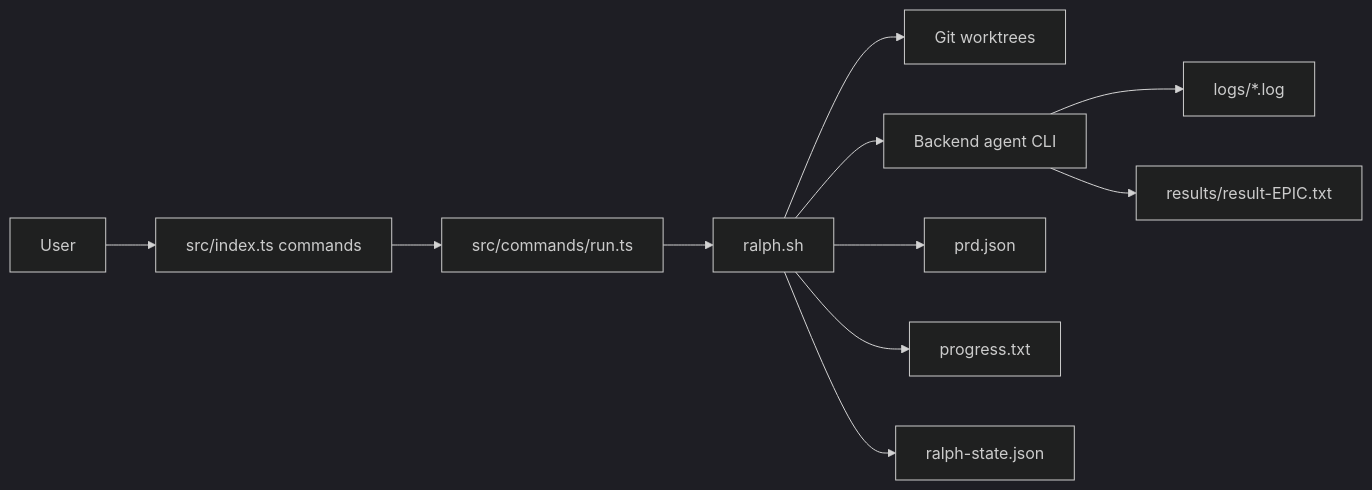
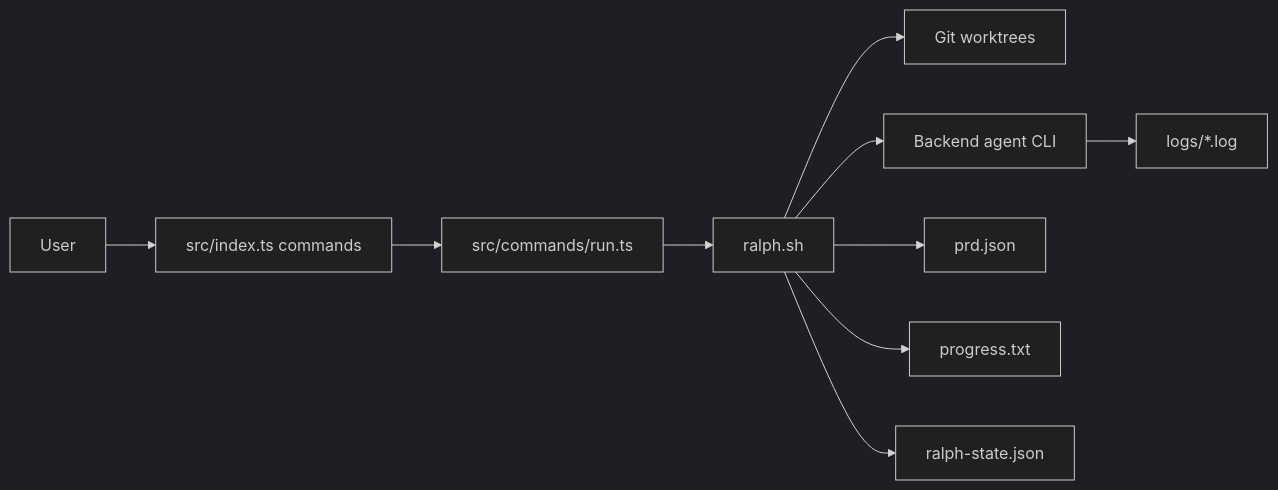
The diagram in architecture.md (tuansondinh/ralph-teams), drawn with Mermaid (dark theme) before and after one commit. The commit also changed other lines of this file and 5 other files, not shown here.

````diff
--- a/architecture.md
+++ b/architecture.md
@@ -25,13 +25,12 @@
 ```mermaid
 flowchart LR
     U[User] --> CLI[src/index.ts commands]
     CLI --> RUN[src/commands/run.ts]
     RUN --> SH[ralph.sh]
     SH --> WT[Git worktrees]
     SH --> AGENTS[Backend agent CLI]
     AGENTS --> LOGS[logs/*.log]
-    AGENTS --> RESULT[results/result-EPIC.txt]
     SH --> PRD[prd.json]
     SH --> PROGRESS[progress.txt]
     SH --> STATE[ralph-state.json]
 ```
````
